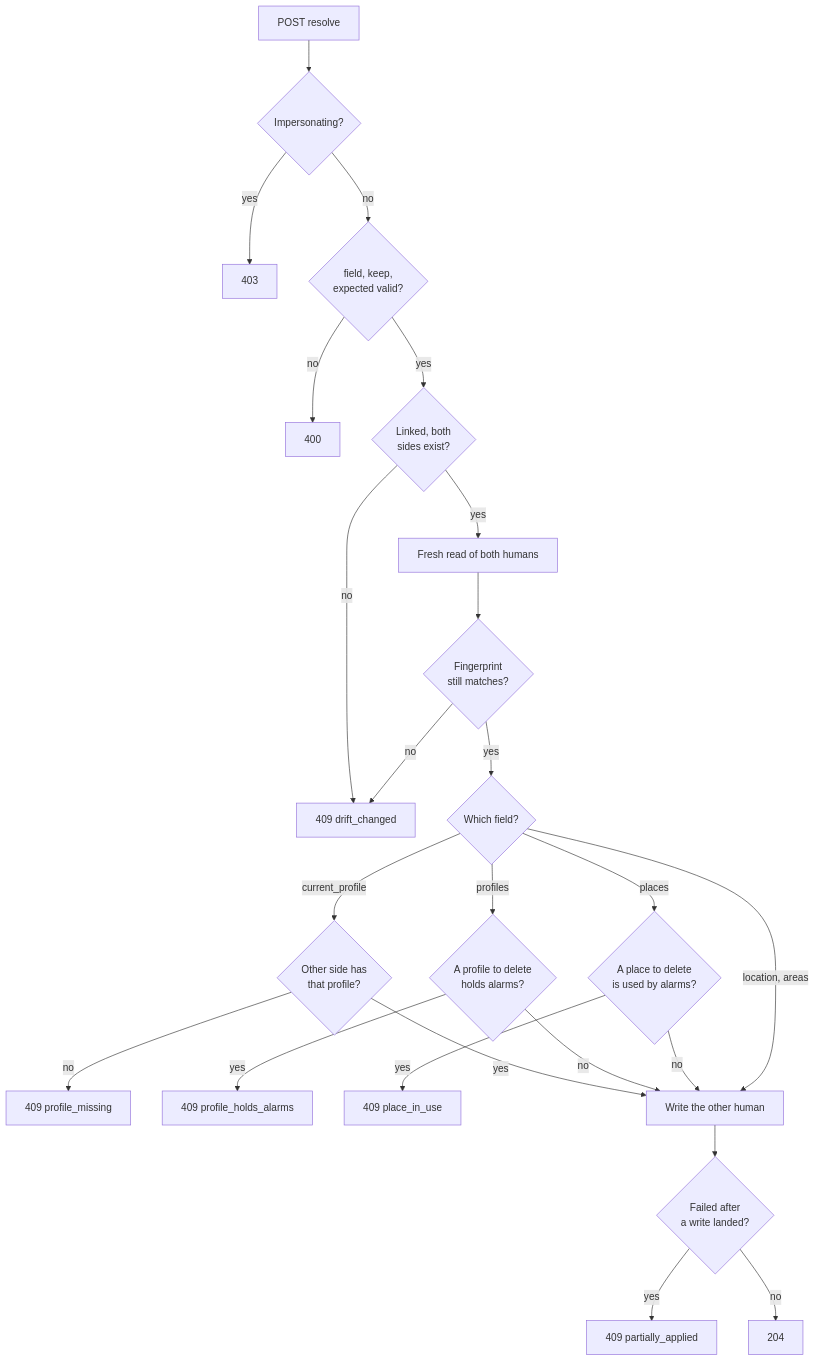
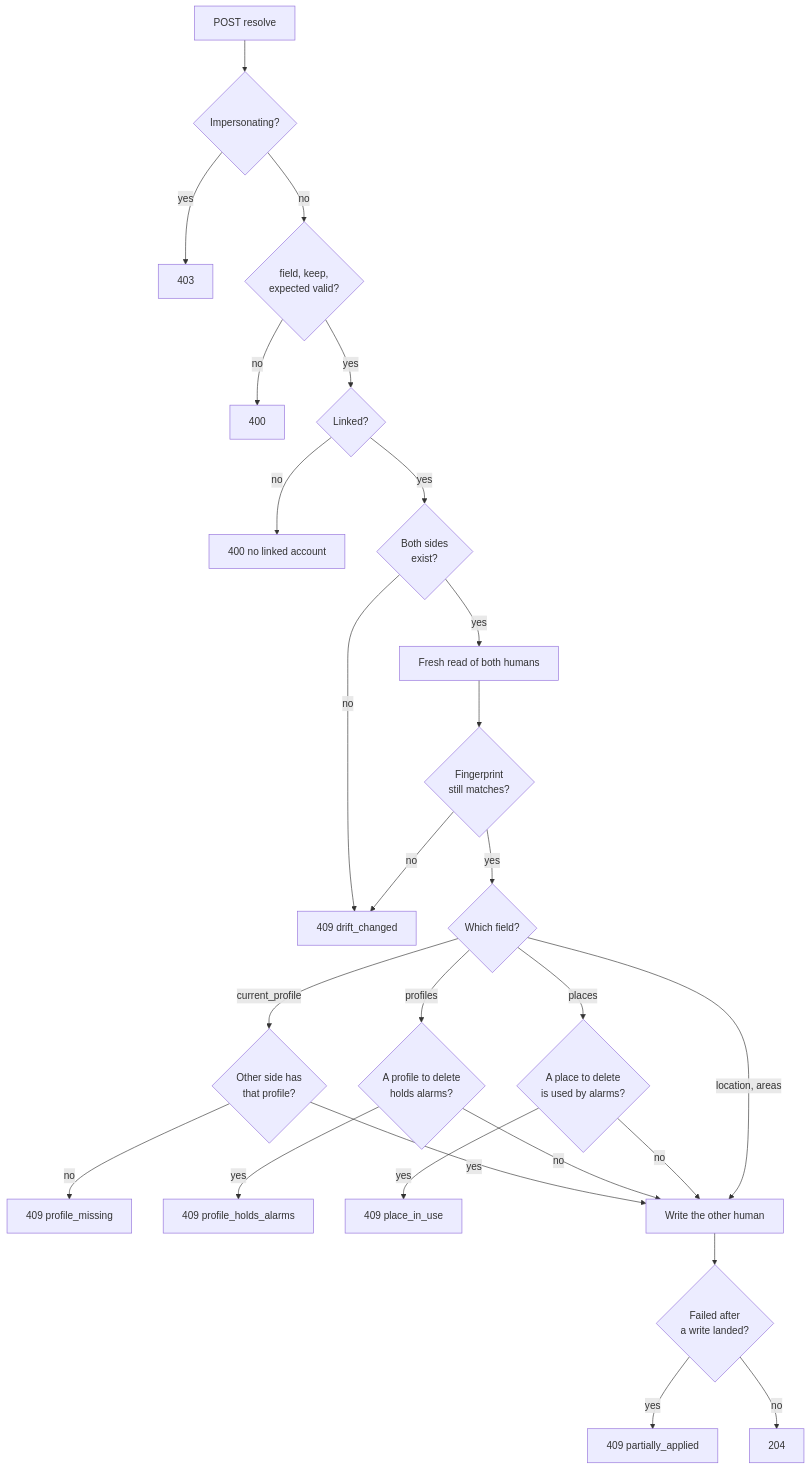
The eighth of 8 diagrams in docs/architecture/linked-accounts.md (PGAN-Dev/PoracleWeb.NET), drawn with Mermaid before and after one commit. The commit also changed other lines of this file and 16 other files, not shown here.

````diff
--- a/docs/architecture/linked-accounts.md
+++ b/docs/architecture/linked-accounts.md
@@ -522,26 +525,28 @@
 ```mermaid
 flowchart TD
     A["POST resolve"] --> B{"Impersonating?"}
     B -->|yes| R403["403"]
     B -->|no| C{"field, keep,<br/>expected valid?"}
     C -->|no| R400["400"]
-    C -->|yes| D{"Linked, both<br/>sides exist?"}
+    C -->|yes| L{"Linked?"}
+    L -->|no| R400L["400 no linked account"]
+    L -->|yes| D{"Both sides<br/>exist?"}
     D -->|no| CH["409 drift_changed"]
     D -->|yes| E["Fresh read of both humans"]
     E --> F{"Fingerprint<br/>still matches?"}
     F -->|no| CH
     F -->|yes| G{"Which field?"}
     G -->|"current_profile"| H{"Other side has<br/>that profile?"}
     H -->|no| PM["409 profile_missing"]
     G -->|profiles| I{"A profile to delete<br/>holds alarms?"}
     I -->|yes| PH["409 profile_holds_alarms"]
     G -->|places| J{"A place to delete<br/>is used by alarms?"}
     J -->|yes| PU["409 place_in_use"]
     H -->|yes| W["Write the other human"]
     I -->|no| W
     J -->|no| W
     G -->|"location, areas"| W
     W --> K{"Failed after<br/>a write landed?"}
     K -->|yes| PA["409 partially_applied"]
     K -->|no| OK["204"]
 ```
````
